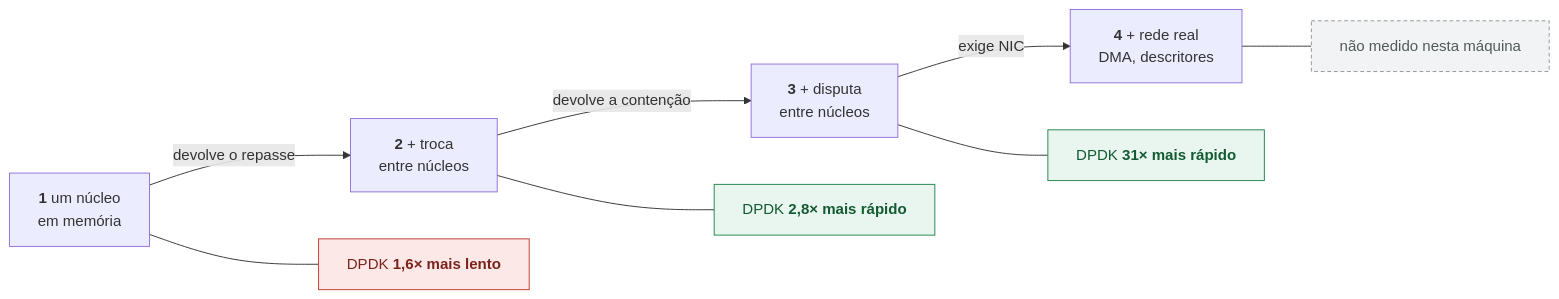
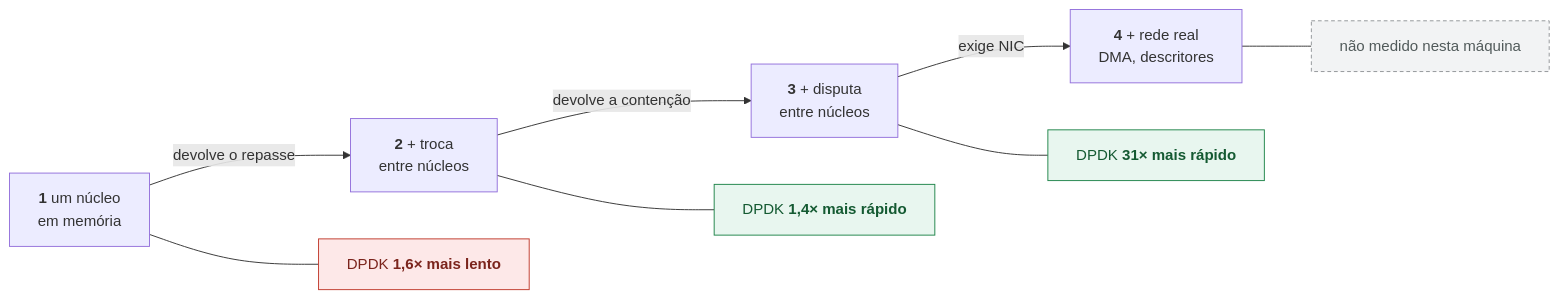
The first of 2 diagrams in trilha/01-fundamentos/02-mempool-ring/alternativas/cpp23/README.md (hroberto/labs-dpdk-academy), drawn with Mermaid before and after one commit. The commit also changed other lines of this file and 1193 other files, not shown here.

````diff
--- a/trilha/01-fundamentos/02-mempool-ring/alternativas/cpp23/README.md
+++ b/trilha/01-fundamentos/02-mempool-ring/alternativas/cpp23/README.md
@@ -125,29 +125,29 @@
 ```mermaid
 flowchart LR
     N1["<b>1</b> um núcleo<br/>em memória"]
     N2["<b>2</b> + troca<br/>entre núcleos"]
     N3["<b>3</b> + disputa<br/>entre núcleos"]
     N4["<b>4</b> + rede real<br/>DMA, descritores"]
 
     N1 -->|"devolve o repasse"| N2
     N2 -->|"devolve a contenção"| N3
     N3 -->|"exige NIC"| N4
 
     V1["DPDK <b>1,6× mais lento</b>"]
-    V2["DPDK <b>2,8× mais rápido</b>"]
+    V2["DPDK <b>1,4× mais rápido</b>"]
     V3["DPDK <b>31× mais rápido</b>"]
     V4["não medido nesta máquina"]
 
     N1 --- V1
     N2 --- V2
     N3 --- V3
     N4 --- V4
 
     classDef perde fill:#fde8e8,stroke:#c0392b,color:#7b241c
     classDef ganha fill:#e8f6ef,stroke:#1e8449,color:#145a32
     classDef vazio fill:#f2f3f4,stroke:#909497,color:#515a5a,stroke-dasharray:4 3
     class V1 perde
     class V2 ganha
     class V3 ganha
     class V4 vazio
 ```
````
